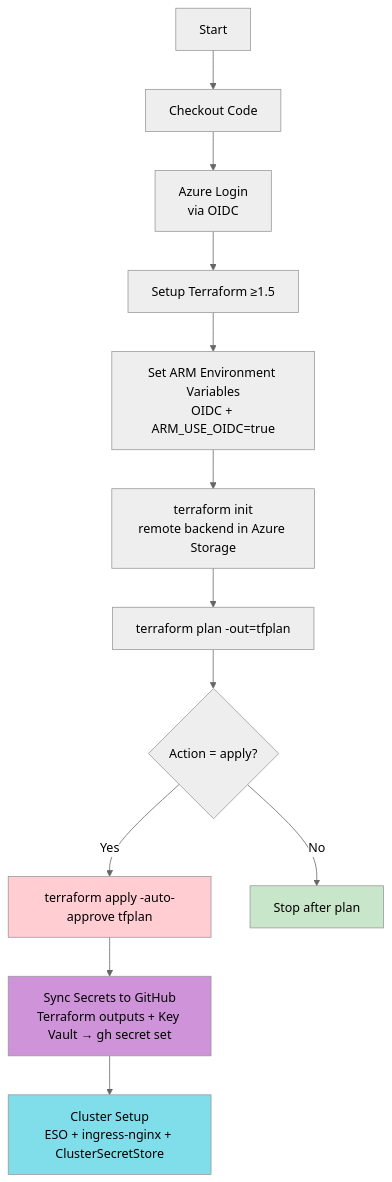
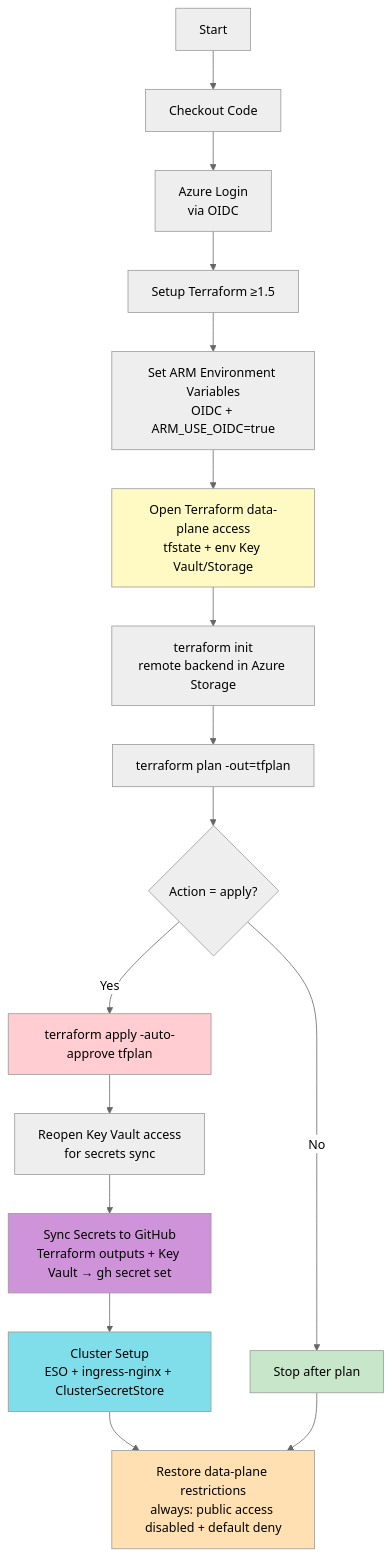
One commit to codecurrent-sandbox/octo-eshop-demo changed the seventh of 11 diagrams in docs/cicd-pipeline.md. Above: the diagram before and after it, drawn with Mermaid (neutral theme). The commit also changed 2 other files, not shown here.

Commit message:
Address PR review comments

````diff
--- a/docs/cicd-pipeline.md
+++ b/docs/cicd-pipeline.md
@@ -308,19 +308,25 @@
 ```mermaid
 graph TD
     A[Start] --> B[Checkout Code]
     B --> C[Azure Login<br/>via OIDC]
     C --> D[Setup Terraform ≥1.5]
     D --> E[Set ARM Environment Variables<br/>OIDC + ARM_USE_OIDC=true]
-    E --> F[terraform init<br/>remote backend in Azure Storage]
-    F --> G[terraform plan -out=tfplan]
-    G --> H{Action = apply?}
-    H -->|Yes| I[terraform apply -auto-approve tfplan]
-    I --> J[Sync Secrets to GitHub<br/>Terraform outputs + Key Vault → gh secret set]
-    J --> K[Cluster Setup<br/>ESO + ingress-nginx + ClusterSecretStore]
-    H -->|No| L[Stop after plan]
+    E --> F[Open Terraform data-plane access<br/>tfstate + env Key Vault/Storage]
+    F --> G[terraform init<br/>remote backend in Azure Storage]
+    G --> H[terraform plan -out=tfplan]
+    H --> I{Action = apply?}
+    I -->|Yes| J[terraform apply -auto-approve tfplan]
+    J --> K[Reopen Key Vault access<br/>for secrets sync]
+    K --> L[Sync Secrets to GitHub<br/>Terraform outputs + Key Vault → gh secret set]
+    L --> M[Cluster Setup<br/>ESO + ingress-nginx + ClusterSecretStore]
+    I -->|No| N[Stop after plan]
+    M --> O[Restore data-plane restrictions<br/>always: public access disabled + default deny]
+    N --> O
 
-    style I fill:#FFCDD2
-    style J fill:#CE93D8
-    style K fill:#80DEEA
-    style L fill:#C8E6C9
+    style F fill:#FFF9C4
+    style J fill:#FFCDD2
+    style L fill:#CE93D8
+    style M fill:#80DEEA
+    style N fill:#C8E6C9
+    style O fill:#FFE0B2
 ```
````
